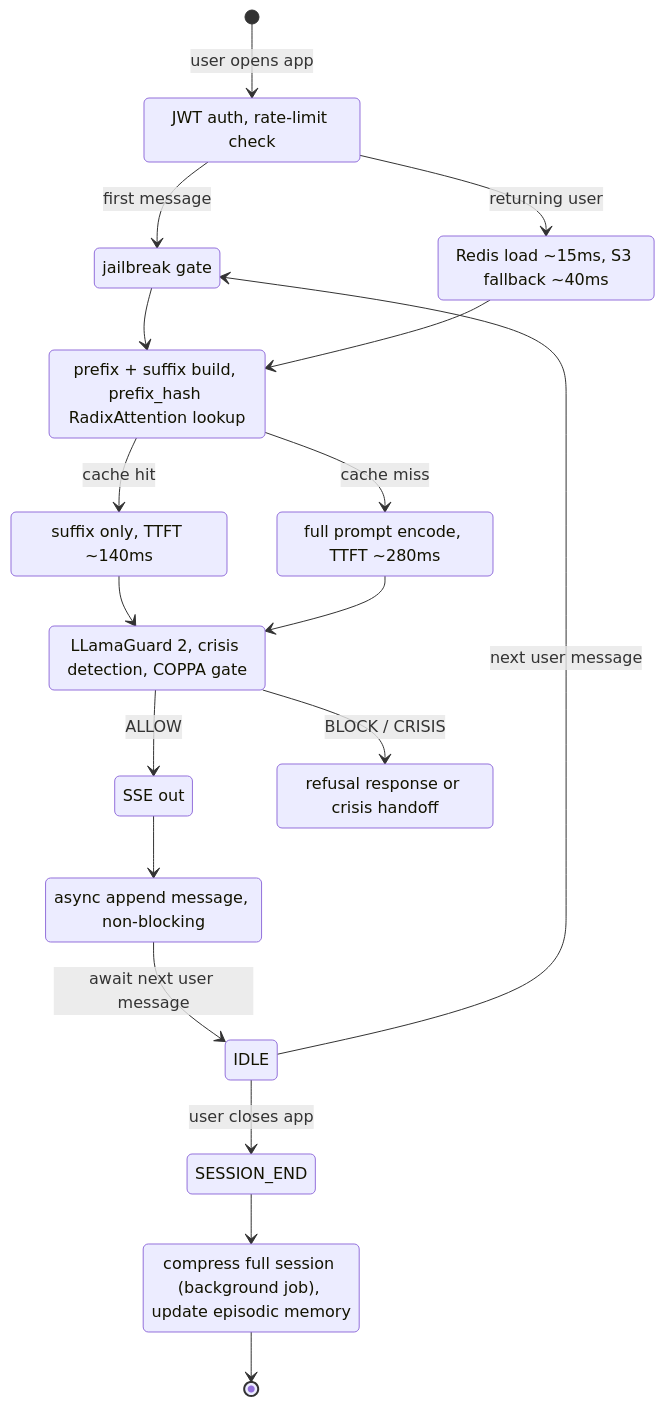
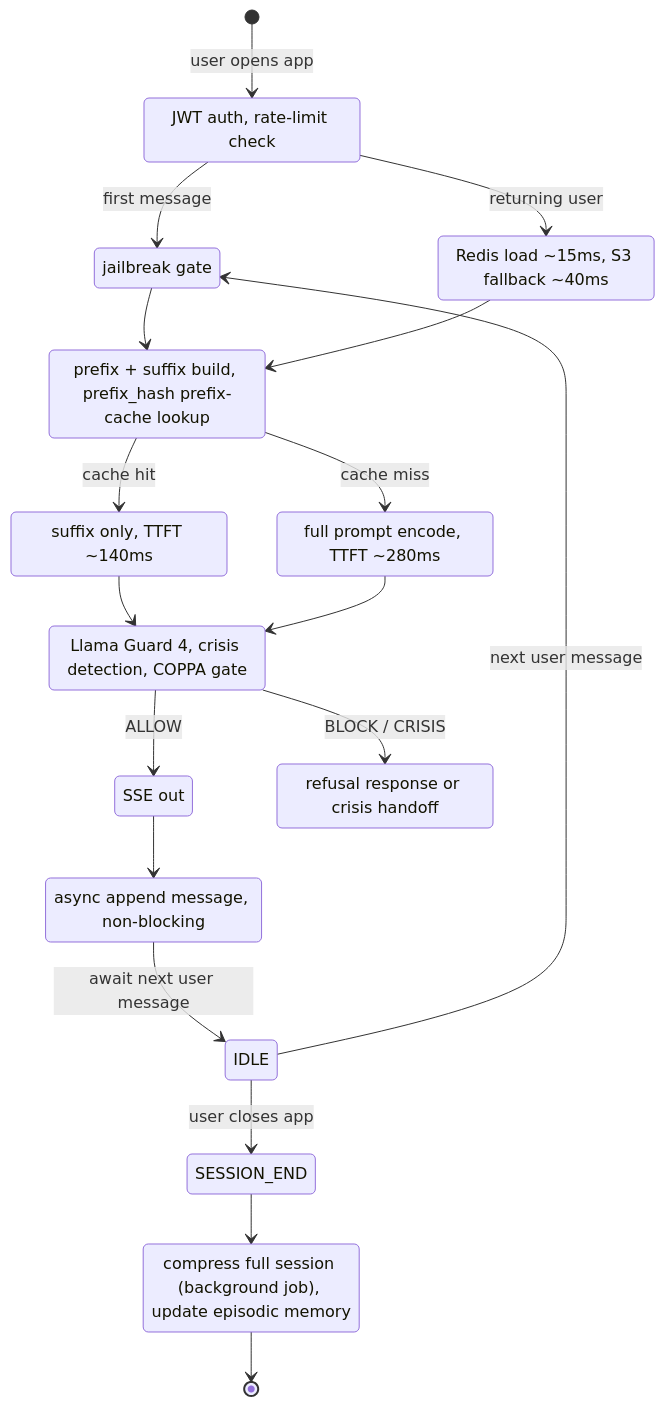
One commit to rppol/system-design changed the second of 2 diagrams in src/main/java/com/rutik/systemdesign/llm/case_studies/design_ai_companion_platform.md. Above: the diagram before and after it, drawn with Mermaid. The commit also changed other lines of this file and 113 other files, not shown here.

````diff
--- a/src/main/java/com/rutik/systemdesign/llm/case_studies/design_ai_companion_platform.md
+++ b/src/main/java/com/rutik/systemdesign/llm/case_studies/design_ai_companion_platform.md
@@ -189,31 +200,31 @@
 ```mermaid
 stateDiagram-v2
     [*] --> INITIALIZING : user opens app
     INITIALIZING : JWT auth, rate-limit check
     INITIALIZING --> SAFETY_PRECHECK : first message
     INITIALIZING --> MEMORY_RESTORE : returning user
     SAFETY_PRECHECK : jailbreak gate
     MEMORY_RESTORE : Redis load ~15ms, S3 fallback ~40ms
     SAFETY_PRECHECK --> PROMPT_ASSEMBLY
     MEMORY_RESTORE --> PROMPT_ASSEMBLY
-    PROMPT_ASSEMBLY : prefix + suffix build, prefix_hash RadixAttention lookup
+    PROMPT_ASSEMBLY : prefix + suffix build, prefix_hash prefix-cache lookup
     PROMPT_ASSEMBLY --> GENERATING : cache hit
     PROMPT_ASSEMBLY --> ENCODING_GEN : cache miss
     GENERATING : suffix only, TTFT ~140ms
     ENCODING_GEN : full prompt encode, TTFT ~280ms
     GENERATING --> SAFETY_POSTCHECK
     ENCODING_GEN --> SAFETY_POSTCHECK
-    SAFETY_POSTCHECK : LLamaGuard 2, crisis detection, COPPA gate
+    SAFETY_POSTCHECK : Llama Guard 4, crisis detection, COPPA gate
     SAFETY_POSTCHECK --> STREAM : ALLOW
     SAFETY_POSTCHECK --> REFUSAL : BLOCK / CRISIS
     STREAM : SSE out
     REFUSAL : refusal response or crisis handoff
     STREAM --> MEMORY_PERSIST
     MEMORY_PERSIST : async append message, non-blocking
     MEMORY_PERSIST --> IDLE : await next user message
     IDLE --> SAFETY_PRECHECK : next user message
     IDLE --> SESSION_END : user closes app
     SESSION_END --> SESSION_ARCHIVE
     SESSION_ARCHIVE : compress full session (background job), update episodic memory
     SESSION_ARCHIVE --> [*]
 ```
````
